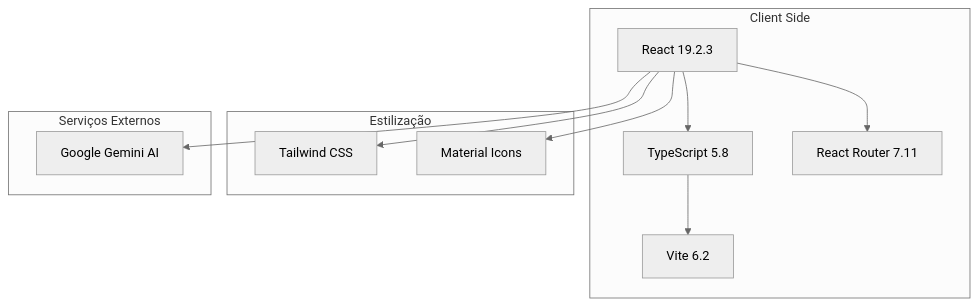
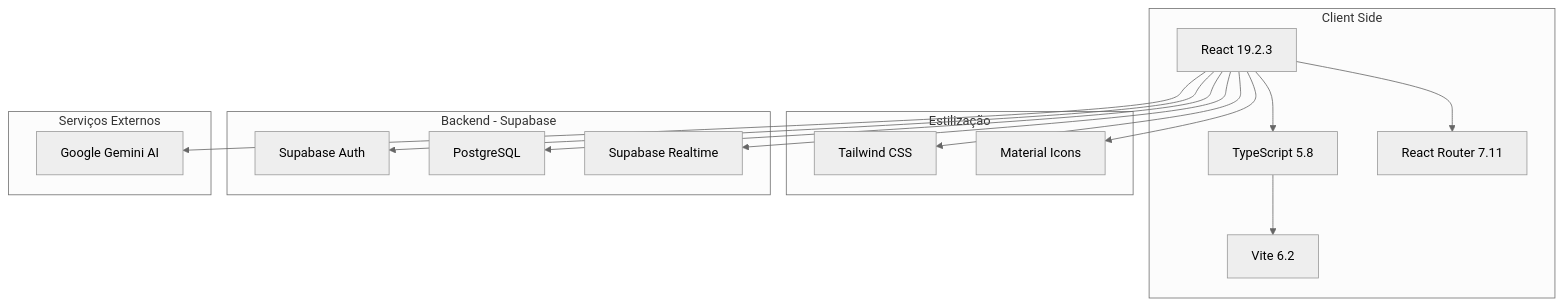
One commit to OlosLive/holidayGo changed the first of 9 diagrams in docs/ARCHITECTURE.md. Above: the diagram before and after it, drawn with Mermaid (neutral theme). The commit also changed other lines of this file and 25 other files, not shown here.

````diff
--- a/docs/ARCHITECTURE.md
+++ b/docs/ARCHITECTURE.md
@@ -24,25 +26,34 @@
 ```mermaid
 graph TB
     subgraph ClientSide[Client Side]
         React[React 19.2.3]
         TS[TypeScript 5.8]
         Router[React Router 7.11]
         Vite[Vite 6.2]
     end
     
     subgraph Styling[Estilização]
         Tailwind[Tailwind CSS]
         Icons[Material Icons]
     end
     
+    subgraph Backend[Backend - Supabase]
+        Auth[Supabase Auth]
+        DB[PostgreSQL]
+        Realtime[Supabase Realtime]
+    end
+    
     subgraph External[Serviços Externos]
         Gemini[Google Gemini AI]
     end
     
     React --> TS
     React --> Router
     TS --> Vite
     React --> Tailwind
     React --> Icons
+    React --> Auth
+    React --> DB
+    React --> Realtime
     React --> Gemini
 ```
````
